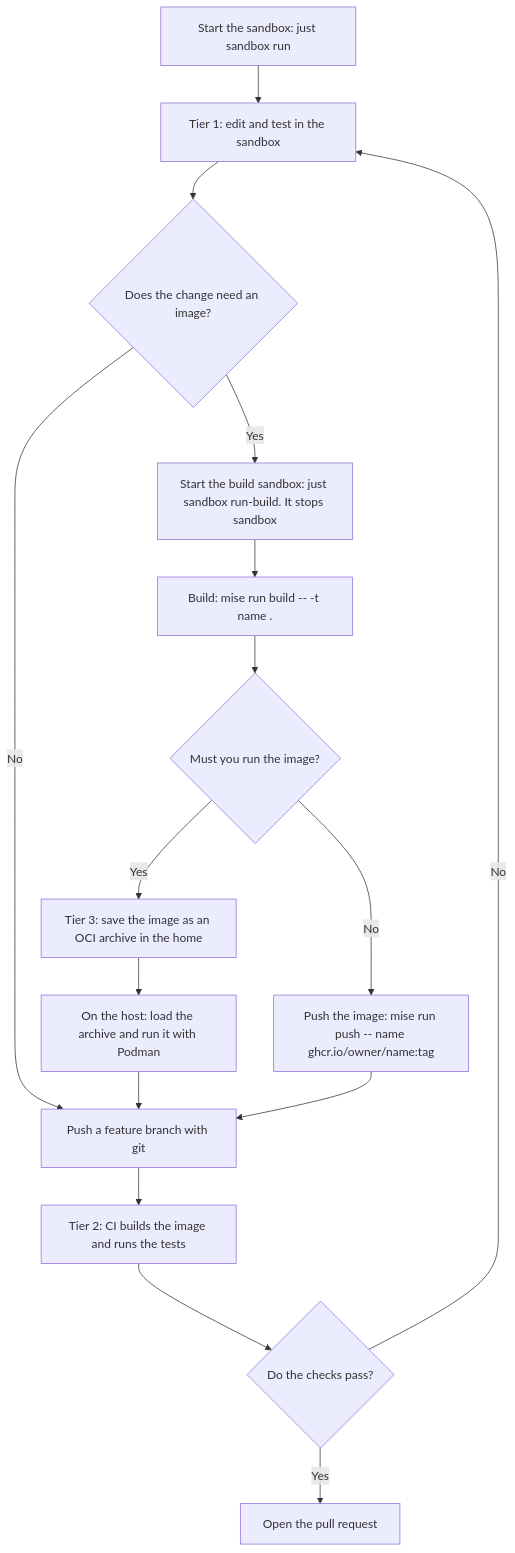
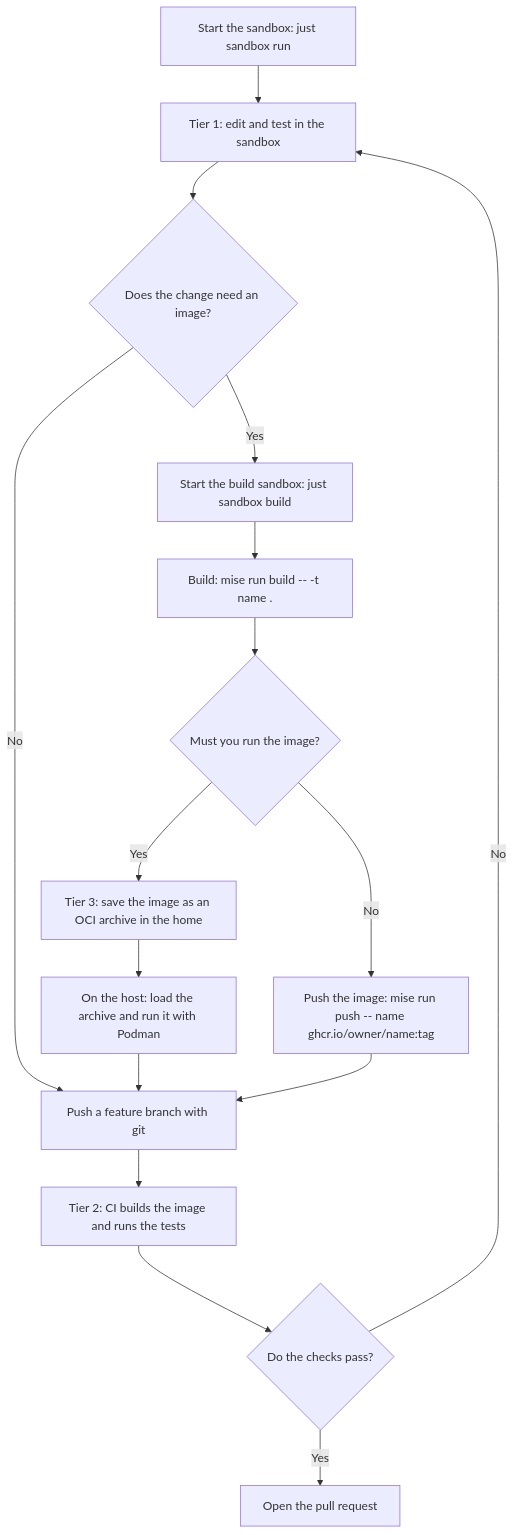
One commit to raghav19/engineersdaybook changed the diagram in .sandbox/README.md. Above: the diagram before and after it, drawn with Mermaid. The commit also changed other lines of this file and 4 other files, not shown here.

First line of the commit message:
sandbox: split the commands into run and build, with separate containers and homes

````diff
--- a/.sandbox/README.md
+++ b/.sandbox/README.md
@@ -68,18 +71,18 @@
 ```mermaid
 flowchart TD
     A[Start the sandbox: just sandbox run] --> B[Tier 1: edit and test in the sandbox]
     B --> C{Does the change need an image?}
     C -->|No| G[Push a feature branch with git]
-    C -->|Yes| E[Start the build sandbox: just sandbox run-build. It stops sandbox]
+    C -->|Yes| E[Start the build sandbox: just sandbox build]
     E --> F[Build: mise run build -- -t name .]
     F --> H{Must you run the image?}
     H -->|Yes| I[Tier 3: save the image as an OCI archive in the home]
     I --> J[On the host: load the archive and run it with Podman]
     H -->|No| K[Push the image: mise run push -- name ghcr.io/owner/name:tag]
     J --> G
     K --> G
     G --> L[Tier 2: CI builds the image and runs the tests]
     L --> M{Do the checks pass?}
     M -->|Yes| N[Open the pull request]
     M -->|No| B
 ```
````
